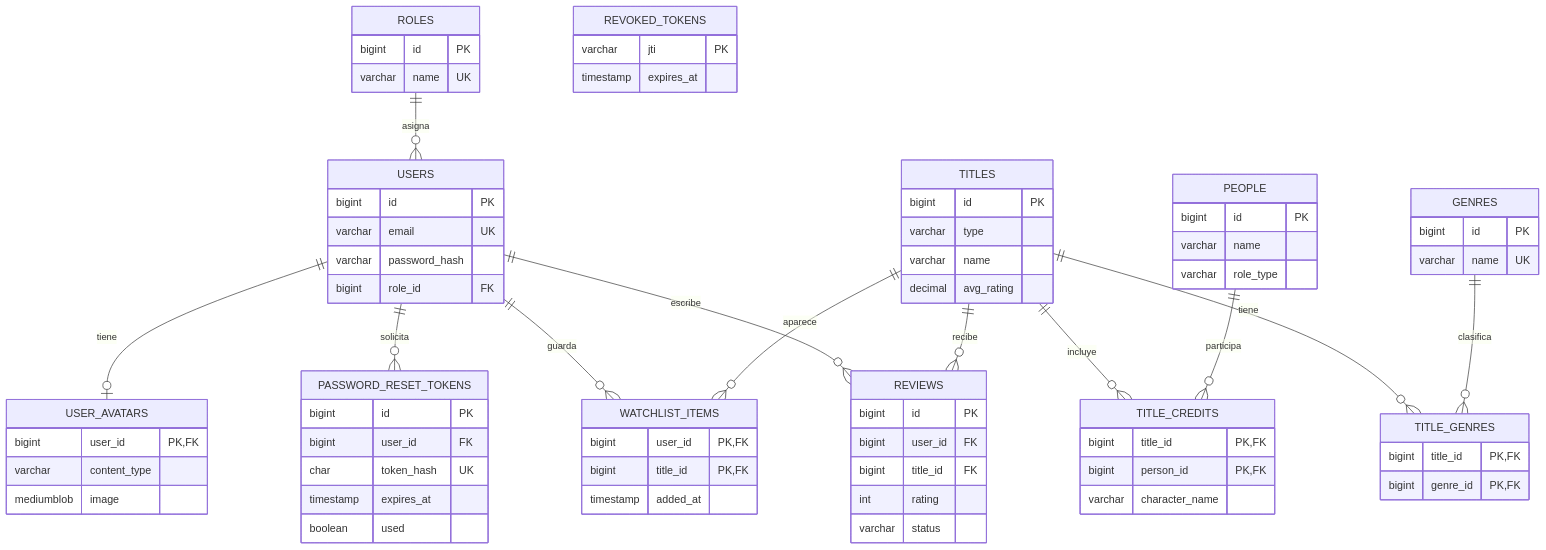
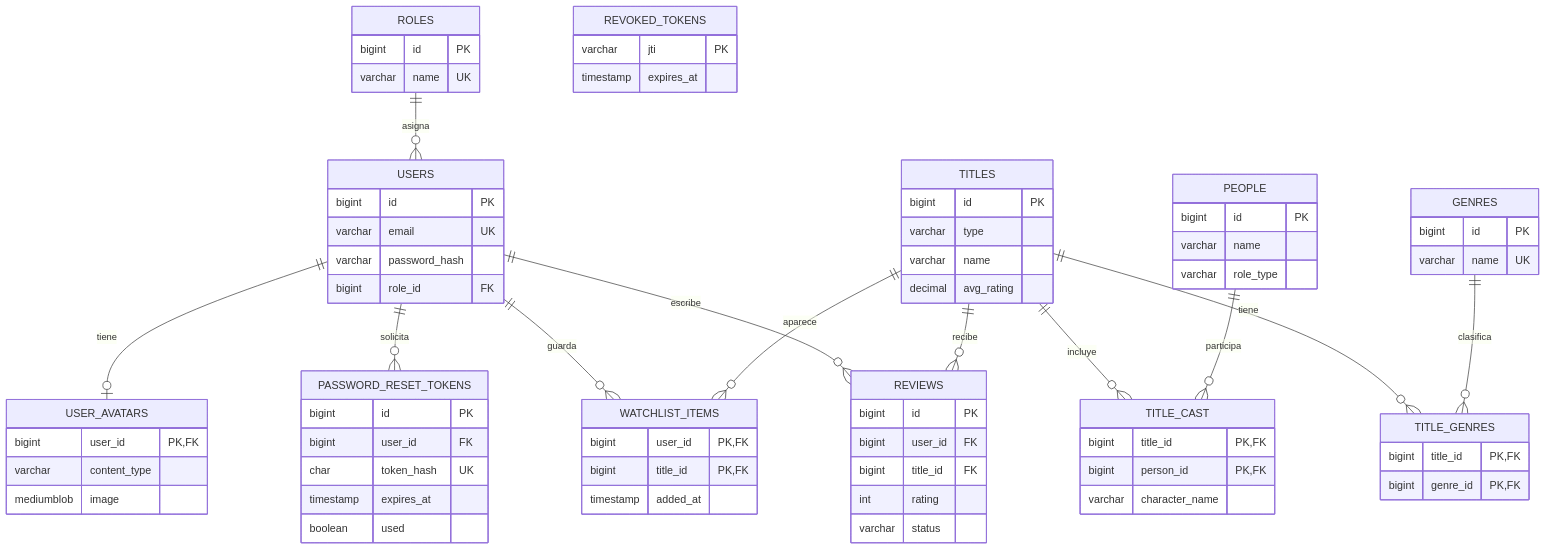
One commit to KaiserWasTaken/ProgramacionWebFinal changed the diagram in README.md. Above: the diagram before and after it, drawn with Mermaid. The commit also changed other lines of this file and 2 other files, not shown here.

````diff
--- a/README.md
+++ b/README.md
@@ -125,77 +135,77 @@
 ```mermaid
 erDiagram
     ROLES ||--o{ USERS : asigna
     USERS ||--o{ REVIEWS : escribe
     TITLES ||--o{ REVIEWS : recibe
     TITLES ||--o{ TITLE_GENRES : tiene
     GENRES ||--o{ TITLE_GENRES : clasifica
-    TITLES ||--o{ TITLE_CREDITS : incluye
-    PEOPLE ||--o{ TITLE_CREDITS : participa
+    TITLES ||--o{ TITLE_CAST : incluye
+    PEOPLE ||--o{ TITLE_CAST : participa
     USERS ||--o{ WATCHLIST_ITEMS : guarda
     TITLES ||--o{ WATCHLIST_ITEMS : aparece
     USERS ||--o{ PASSWORD_RESET_TOKENS : solicita
     USERS ||--o| USER_AVATARS : tiene
 
     ROLES {
         bigint id PK
         varchar name UK
     }
     USERS {
         bigint id PK
         varchar email UK
         varchar password_hash
         bigint role_id FK
     }
     TITLES {
         bigint id PK
         varchar type
         varchar name
         decimal avg_rating
     }
     GENRES {
         bigint id PK
         varchar name UK
     }
     TITLE_GENRES {
         bigint title_id PK, FK
         bigint genre_id PK, FK
     }
     PEOPLE {
         bigint id PK
         varchar name
         varchar role_type
     }
-    TITLE_CREDITS {
+    TITLE_CAST {
         bigint title_id PK, FK
         bigint person_id PK, FK
         varchar character_name
     }
     REVIEWS {
         bigint id PK
         bigint user_id FK
         bigint title_id FK
         int rating
         varchar status
     }
     WATCHLIST_ITEMS {
         bigint user_id PK, FK
         bigint title_id PK, FK
         timestamp added_at
     }
     PASSWORD_RESET_TOKENS {
         bigint id PK
         bigint user_id FK
         char token_hash UK
         timestamp expires_at
         boolean used
     }
     USER_AVATARS {
         bigint user_id PK, FK
         varchar content_type
         mediumblob image
     }
     REVOKED_TOKENS {
         varchar jti PK
         timestamp expires_at
     }
 ```
````
